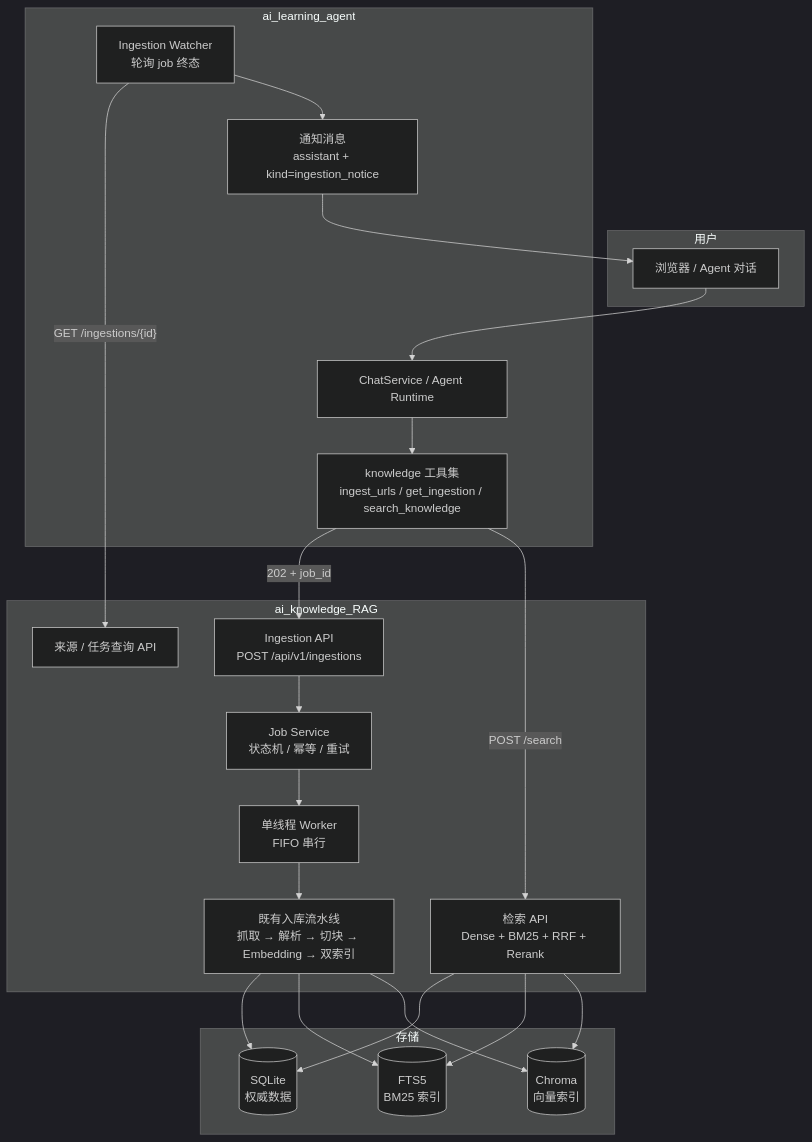
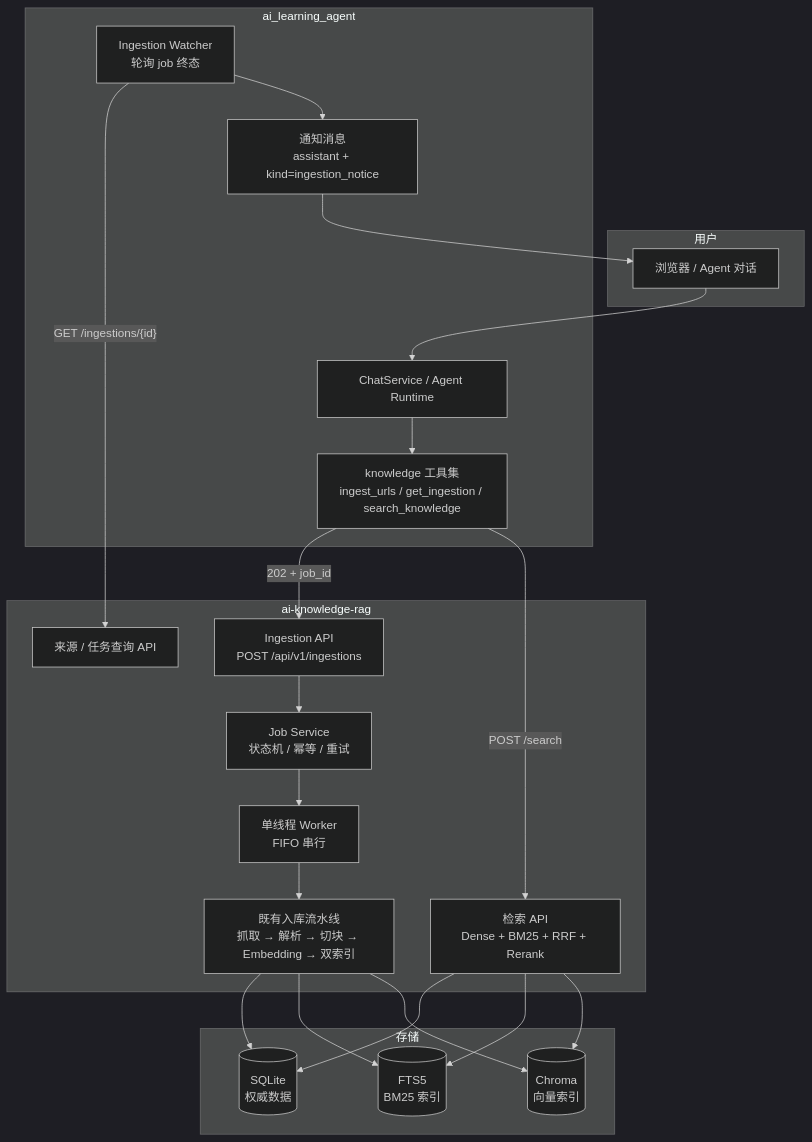
The diagram in 项目开发说明_v2.md (Rena-xie/ai_knowledge_RAG), drawn with Mermaid (dark theme) before and after one commit. The commit also changed other lines of this file and 12 other files, not shown here.

Commit message:
重构: 统一项目正式名称为 ai-knowledge-rag

````diff
--- a/项目开发说明_v2.md
+++ b/项目开发说明_v2.md
@@ -124,38 +124,38 @@
 ```mermaid
 flowchart TB
     subgraph USER["用户"]
         U["浏览器 / Agent 对话"]
     end
 
     subgraph AGENT["ai_learning_agent"]
         A1["ChatService / Agent Runtime"]
         A2["knowledge 工具集<br/>ingest_urls / get_ingestion / search_knowledge"]
         A3["Ingestion Watcher<br/>轮询 job 终态"]
         A4["通知消息<br/>assistant + kind=ingestion_notice"]
     end
 
-    subgraph RAG["ai_knowledge_RAG"]
+    subgraph RAG["ai-knowledge-rag"]
         R1["Ingestion API<br/>POST /api/v1/ingestions"]
         R2["Job Service<br/>状态机 / 幂等 / 重试"]
         R3["单线程 Worker<br/>FIFO 串行"]
         R4["既有入库流水线<br/>抓取 → 解析 → 切块 → Embedding → 双索引"]
         R5["检索 API<br/>Dense + BM25 + RRF + Rerank"]
         R6["来源 / 任务查询 API"]
     end
 
     subgraph DATA["存储"]
         D1[("SQLite<br/>权威数据")]
         D2[("FTS5<br/>BM25 索引")]
         D3[("Chroma<br/>向量索引")]
     end
 
     U --> A1
     A1 --> A2
     A2 -->|"202 + job_id"| R1
     R1 --> R2 --> R3 --> R4
     R4 --> D1 & D2 & D3
     A3 -->|"GET /ingestions/{id}"| R6
     A3 --> A4 --> U
     A2 -->|"POST /search"| R5
     R5 --> D1 & D2 & D3
 ```
````
